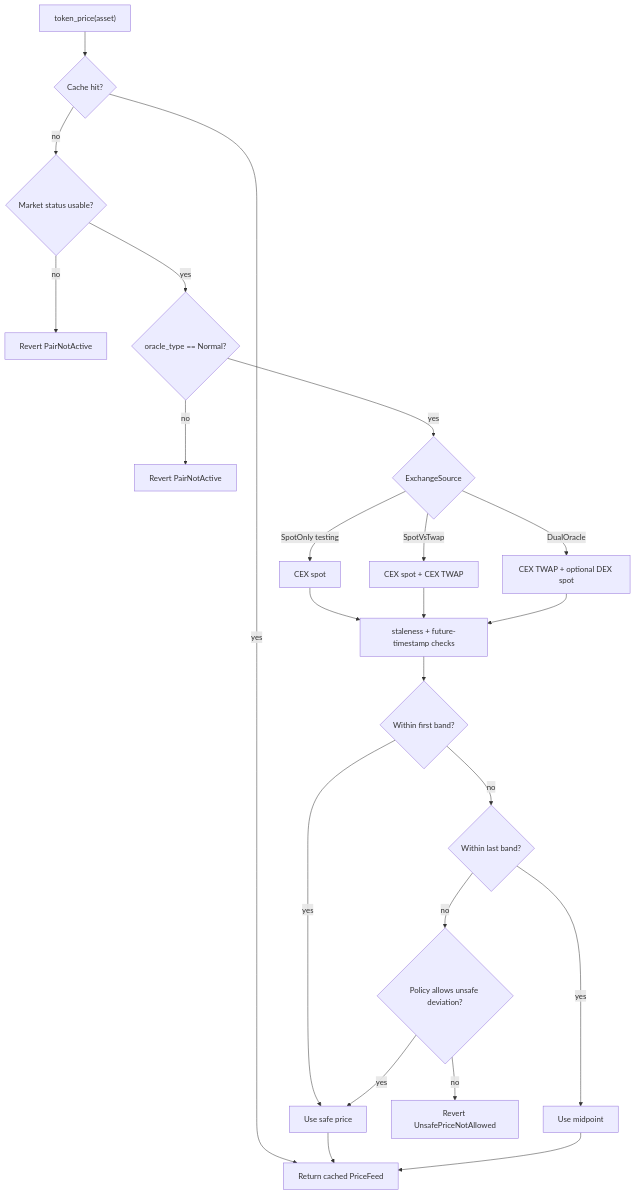
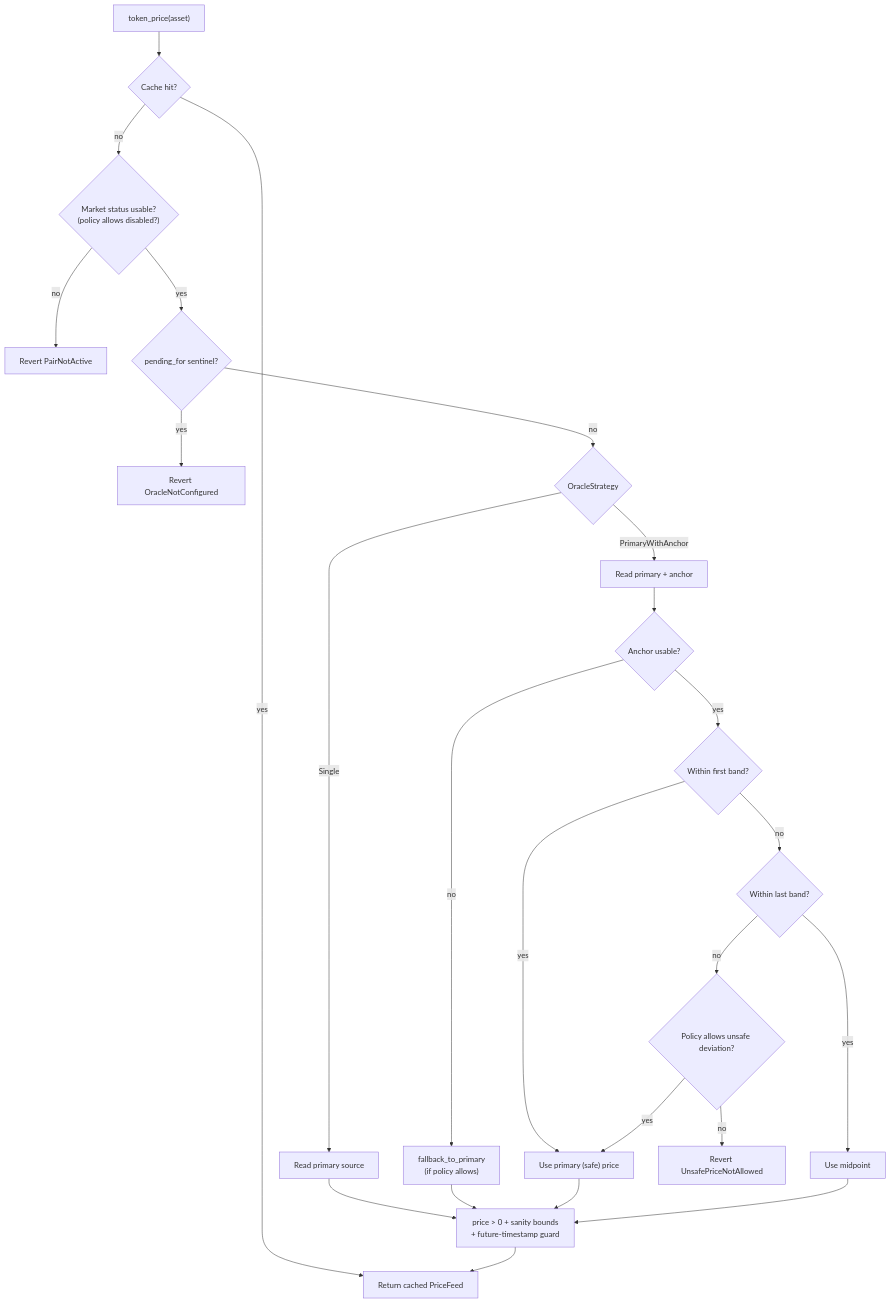
One commit to XOXNO/rs-lending-xlm changed the fifth of 14 diagrams in SCF_BUILD_ARCHITECTURE.md. Above: the diagram before and after it, drawn with Mermaid. The commit also changed other lines of this file and 39 other files, not shown here.

First line of the commit message:
docs: resync architecture docs with code and polish for clarity

````diff
--- a/SCF_BUILD_ARCHITECTURE.md
+++ b/SCF_BUILD_ARCHITECTURE.md
@@ -471,25 +542,26 @@
 ```mermaid
 flowchart TD
     A["token_price(asset)"] --> B{"Cache hit?"}
     B -->|yes| Z["Return cached PriceFeed"]
-    B -->|no| C{"Market status usable?"}
+    B -->|no| C{"Market status usable?<br/>(policy allows disabled?)"}
     C -->|no| R1["Revert PairNotActive"]
-    C -->|yes| D{"oracle_type == Normal?"}
-    D -->|no| R2["Revert PairNotActive"]
-    D -->|yes| E{"ExchangeSource"}
-    E -->|SpotOnly testing| S["CEX spot"]
-    E -->|SpotVsTwap| ST["CEX spot + CEX TWAP"]
-    E -->|DualOracle| DT["CEX TWAP + optional DEX spot"]
-    S --> F["staleness + future-timestamp checks"]
-    ST --> F
-    DT --> F
-    F --> G{"Within first band?"}
-    G -->|yes| H["Use safe price"]
-    G -->|no| I{"Within last band?"}
+    C -->|yes| D{"pending_for sentinel?"}
+    D -->|yes| R2["Revert OracleNotConfigured"]
+    D -->|no| E{"OracleStrategy"}
+    E -->|Single| S["Read primary source"]
+    E -->|PrimaryWithAnchor| P["Read primary + anchor"]
+    P --> G{"Anchor usable?"}
+    G -->|no| FB["fallback_to_primary<br/>(if policy allows)"]
+    G -->|yes| BAND{"Within first band?"}
+    BAND -->|yes| H["Use primary (safe) price"]
+    BAND -->|no| I{"Within last band?"}
     I -->|yes| J["Use midpoint"]
     I -->|no| K{"Policy allows unsafe deviation?"}
     K -->|yes| H
     K -->|no| R3["Revert UnsafePriceNotAllowed"]
-    H --> Z
-    J --> Z
+    S --> SAN["price > 0 + sanity bounds<br/>+ future-timestamp guard"]
+    FB --> SAN
+    H --> SAN
+    J --> SAN
+    SAN --> Z
 ```
````
